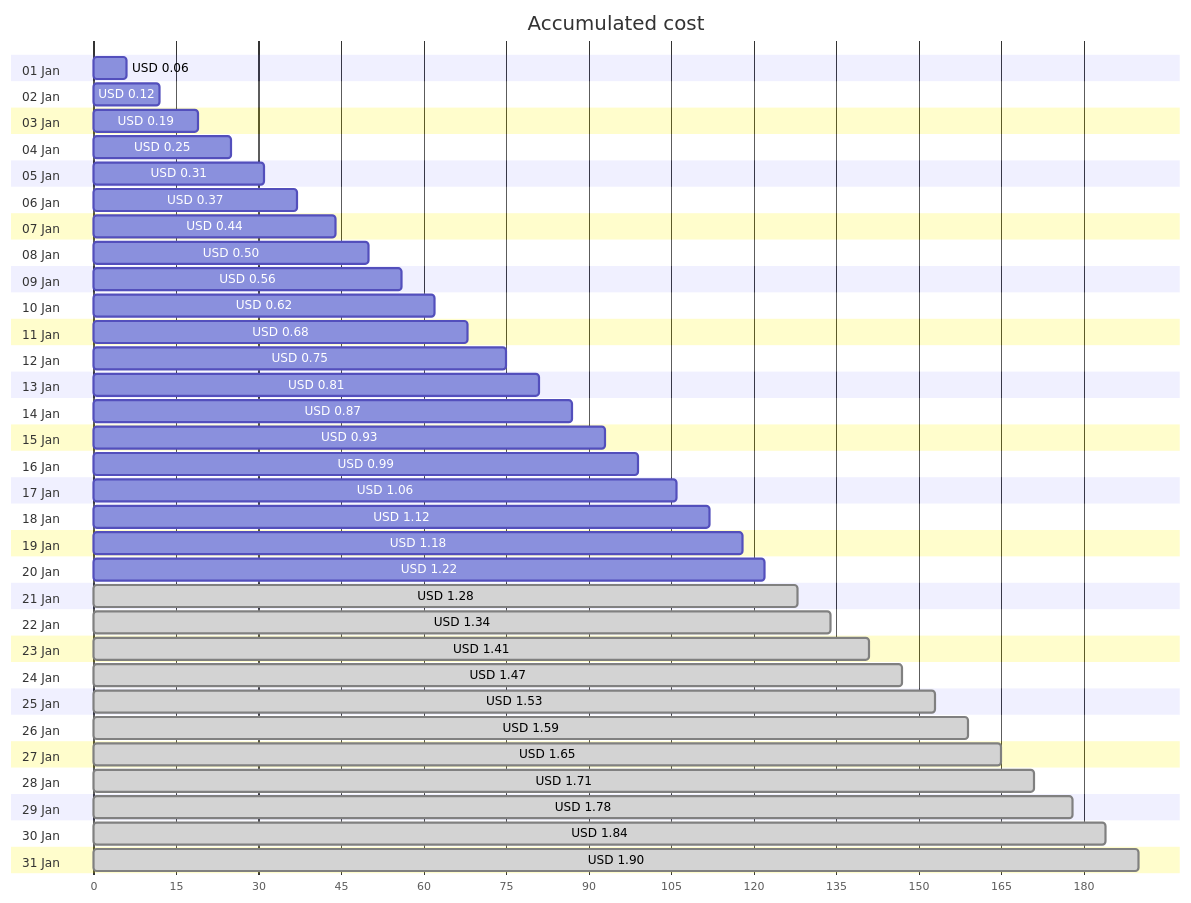
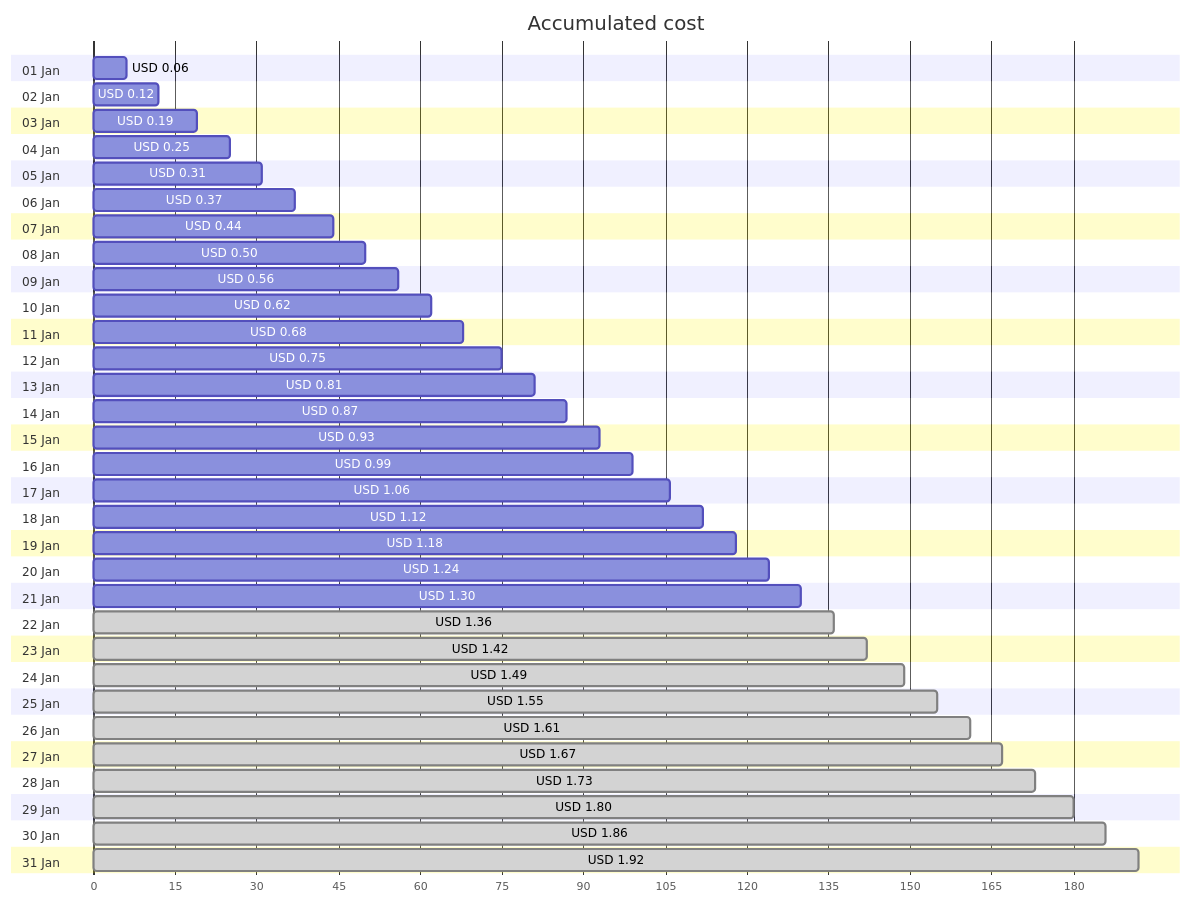
Before and after one commit to jpfulton/azure-personal-reports: the first of 4 diagrams in cost-reports/personal-network/vpn-server_OsDisk.md, drawn with Mermaid. The commit also changed other lines of this file and 8 other files, not shown here.

````diff
--- a/cost-reports/personal-network/vpn-server_OsDisk.md
+++ b/cost-reports/personal-network/vpn-server_OsDisk.md
@@ -20,68 +20,68 @@
 ```mermaid
 gantt
    title Accumulated cost
    dateFormat  X
    axisFormat %s
    section 01 Jan
    USD 0.06 :0, 6
    section 02 Jan
    USD 0.12 :0, 12
    section 03 Jan
    USD 0.19 :0, 19
    section 04 Jan
    USD 0.25 :0, 25
    section 05 Jan
    USD 0.31 :0, 31
    section 06 Jan
    USD 0.37 :0, 37
    section 07 Jan
    USD 0.44 :0, 44
    section 08 Jan
    USD 0.50 :0, 50
    section 09 Jan
    USD 0.56 :0, 56
    section 10 Jan
    USD 0.62 :0, 62
    section 11 Jan
    USD 0.68 :0, 68
    section 12 Jan
    USD 0.75 :0, 75
    section 13 Jan
    USD 0.81 :0, 81
    section 14 Jan
    USD 0.87 :0, 87
    section 15 Jan
    USD 0.93 :0, 93
    section 16 Jan
    USD 0.99 :0, 99
    section 17 Jan
    USD 1.06 :0, 106
    section 18 Jan
    USD 1.12 :0, 112
    section 19 Jan
    USD 1.18 :0, 118
    section 20 Jan
-   USD 1.22 :0, 122
+   USD 1.24 :0, 124
    section 21 Jan
-   USD 1.28 : done, 0, 128
+   USD 1.30 :0, 130
    section 22 Jan
-   USD 1.34 : done, 0, 134
+   USD 1.36 : done, 0, 136
    section 23 Jan
-   USD 1.41 : done, 0, 141
+   USD 1.42 : done, 0, 142
    section 24 Jan
-   USD 1.47 : done, 0, 147
+   USD 1.49 : done, 0, 149
    section 25 Jan
-   USD 1.53 : done, 0, 153
+   USD 1.55 : done, 0, 155
    section 26 Jan
-   USD 1.59 : done, 0, 159
+   USD 1.61 : done, 0, 161
    section 27 Jan
-   USD 1.65 : done, 0, 165
+   USD 1.67 : done, 0, 167
    section 28 Jan
-   USD 1.71 : done, 0, 171
+   USD 1.73 : done, 0, 173
    section 29 Jan
-   USD 1.78 : done, 0, 178
+   USD 1.80 : done, 0, 180
    section 30 Jan
-   USD 1.84 : done, 0, 184
+   USD 1.86 : done, 0, 186
    section 31 Jan
-   USD 1.90 : done, 0, 190
+   USD 1.92 : done, 0, 192
 ```
````
